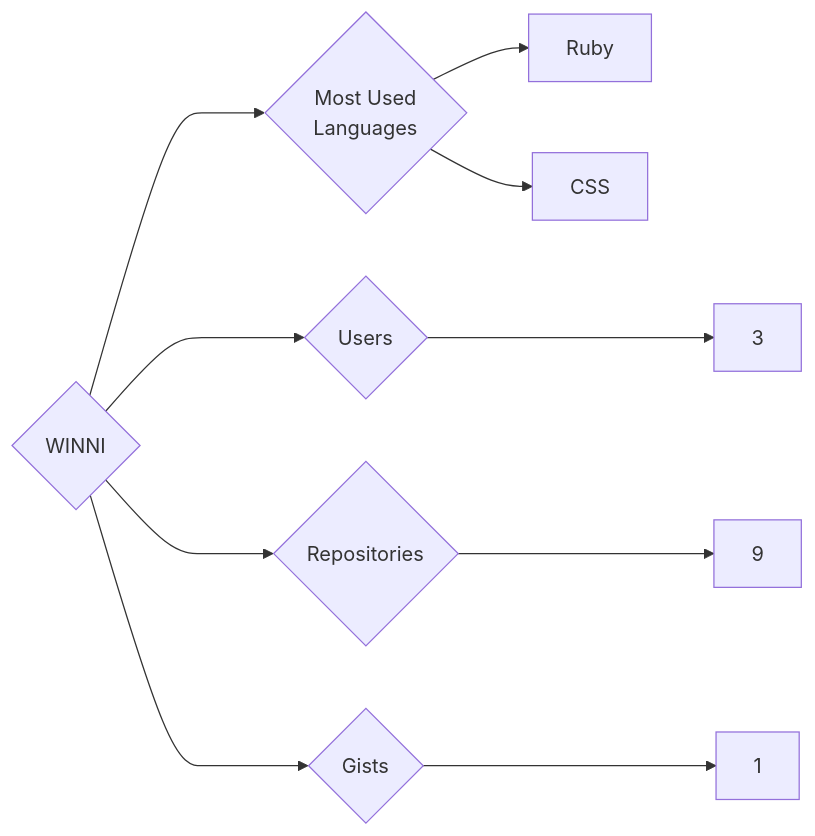
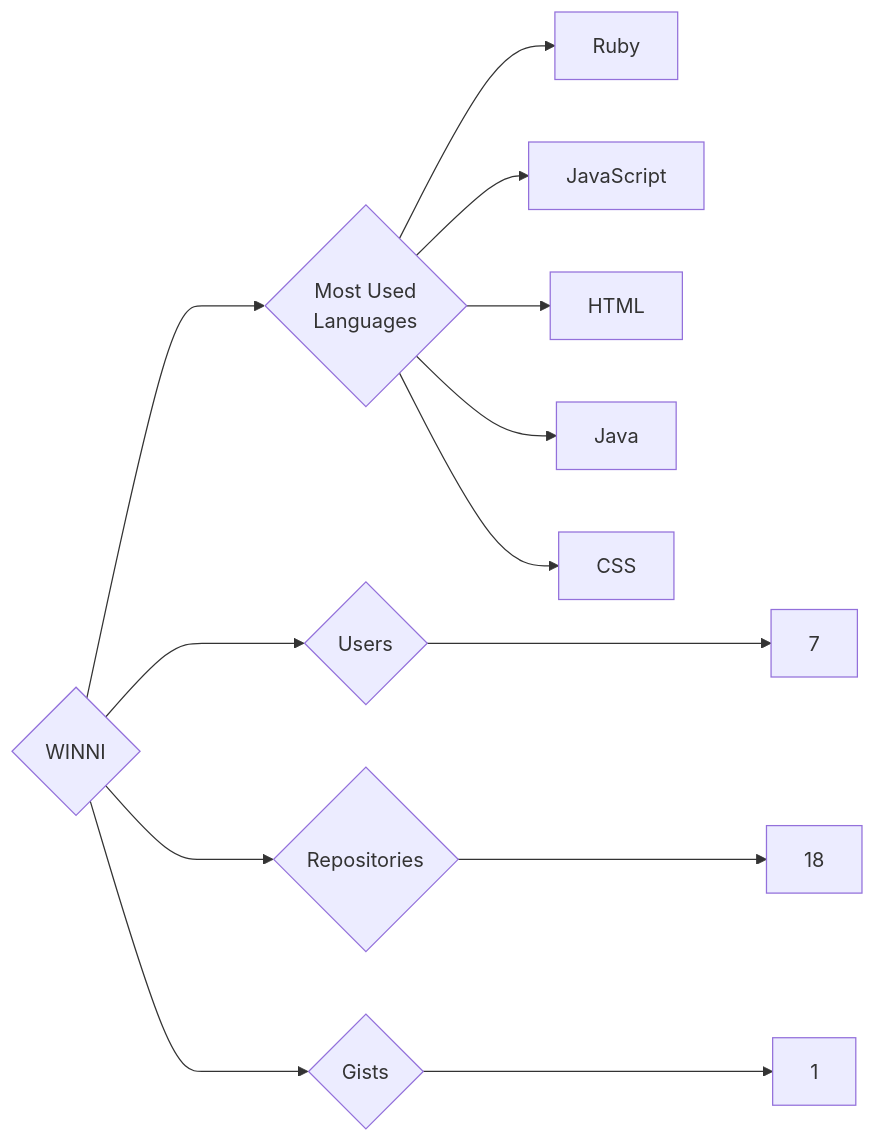
One commit to trickest/insiders changed the diagram in targets/WINNI/README.md. Above: the diagram before and after it, drawn with Mermaid. The commit also changed 534 other files, not shown here.

````diff
--- a/targets/WINNI/README.md
+++ b/targets/WINNI/README.md
@@ -3,10 +3,13 @@
 ```mermaid
 graph LR
 COMPANY_NAME{WINNI}
-COMPANY_NAME ---> U{Users} ---> UN[3]
-COMPANY_NAME ---> R{Repositories} ---> RN[9]
+COMPANY_NAME ---> U{Users} ---> UN[7]
+COMPANY_NAME ---> R{Repositories} ---> RN[18]
 COMPANY_NAME ---> G{Gists} ---> GN[1]
 COMPANY_NAME ---> ML{Most Used<br>Languages}
 ML --> Ruby[Ruby]
+ML --> JavaScript[JavaScript]
+ML --> HTML[HTML]
+ML --> Java[Java]
 ML --> CSS[CSS]
 ```
````
